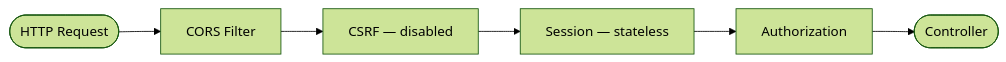
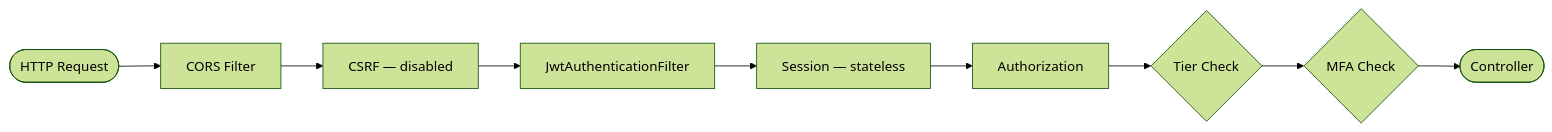
The first of 5 diagrams in docs/module-auth.md (sc-kpi/sc-kpi-api), drawn with Mermaid (forest theme) before and after one commit. The commit also changed other lines of this file and 11 other files, not shown here.

````diff
--- a/docs/module-auth.md
+++ b/docs/module-auth.md
@@ -28,8 +100,11 @@
 ```mermaid
 flowchart LR
     A([HTTP Request]) --> B[CORS Filter]
     B --> C[CSRF — disabled]
-    C --> D[Session — stateless]
-    D --> E[Authorization]
-    E --> F([Controller])
+    C --> D[JwtAuthenticationFilter]
+    D --> E[Session — stateless]
+    E --> F[Authorization]
+    F --> G{Tier Check}
+    G --> H{MFA Check}
+    H --> I([Controller])
 ```
````
